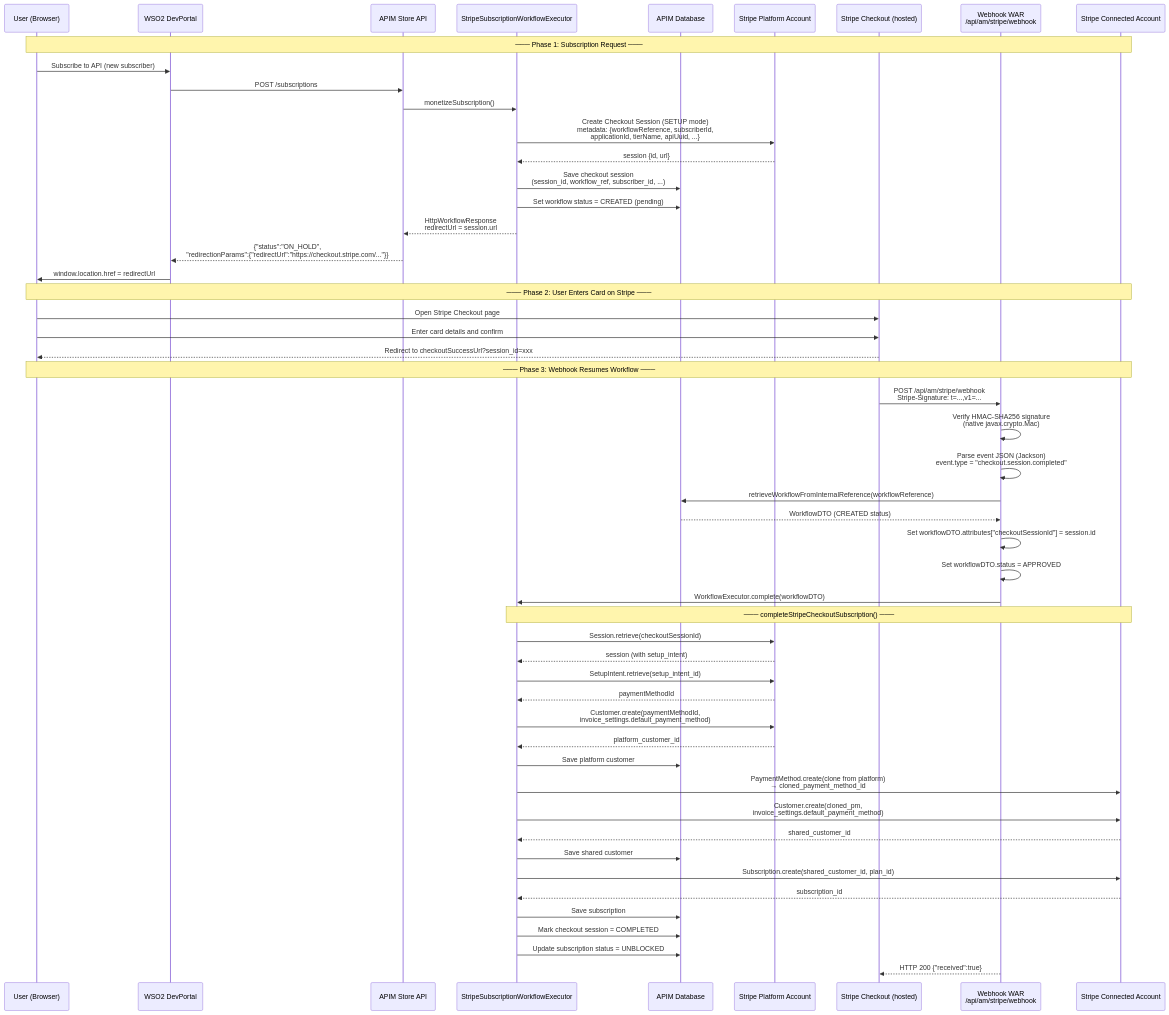
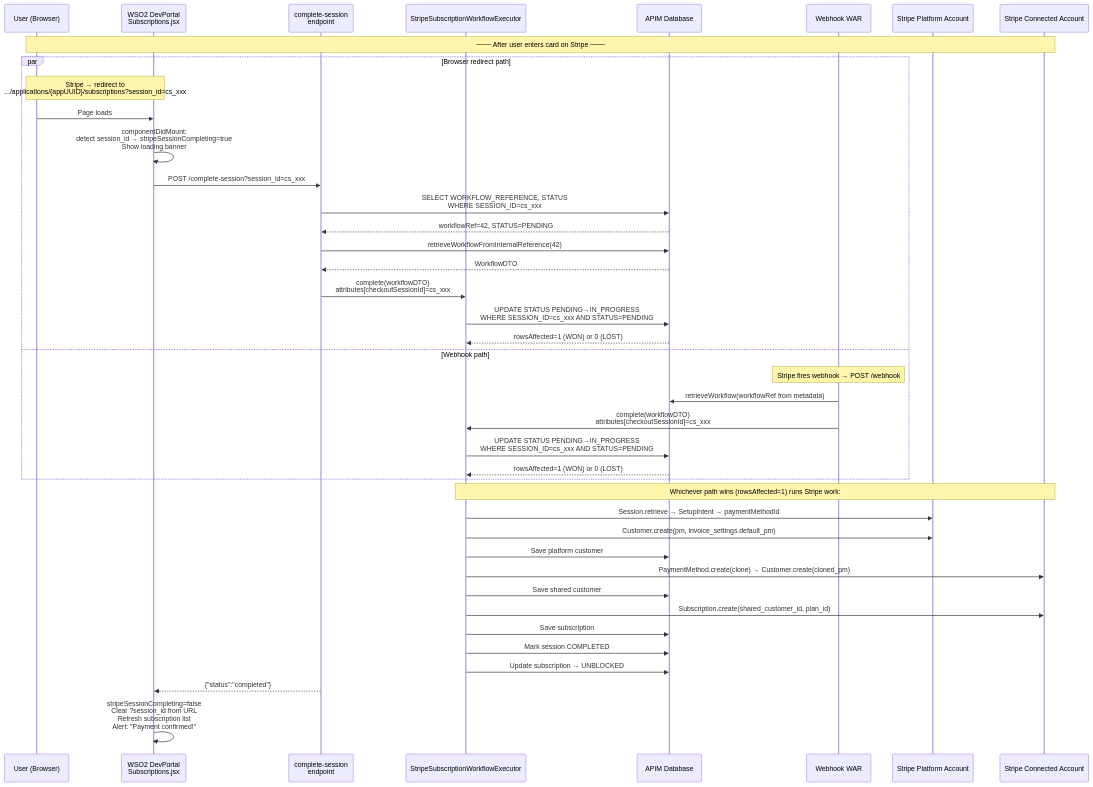
Before and after one commit to cbabey/-wso2-apim-stripe-monetization: the fourth of 6 diagrams in docs/STRIPE_MONETIZATION_CUSTOMIZATION.md, drawn with Mermaid. The commit also changed other lines of this file, not shown here.

First line of the commit message:
docs: update documentation with browser-redirect completion, loading UI, and UUID fix

````diff
--- a/docs/STRIPE_MONETIZATION_CUSTOMIZATION.md
+++ b/docs/STRIPE_MONETIZATION_CUSTOMIZATION.md
@@ -295,62 +330,48 @@
 ```mermaid
 sequenceDiagram
     participant U as User (Browser)
-    participant DP as WSO2 DevPortal
-    participant API as APIM Store API
-    participant WF as StripeSubscriptionWorkflowExecutor
+    participant DP as WSO2 DevPortal<br/>Subscriptions.jsx
+    participant CS as complete-session<br/>endpoint
+    participant PLG as StripeSubscriptionWorkflowExecutor
     participant DB as APIM Database
+    participant WH as Webhook WAR
     participant PA as Stripe Platform Account
-    participant SC as Stripe Checkout (hosted)
-    participant WH as Webhook WAR<br/>/api/am/stripe/webhook
     participant CA as Stripe Connected Account
 
-    Note over U,CA: ─── Phase 1: Subscription Request ───
+    Note over U,CA: ─── After user enters card on Stripe ───
 
-    U->>DP: Subscribe to API (new subscriber)
-    DP->>API: POST /subscriptions
-    API->>WF: monetizeSubscription()
-    WF->>PA: Create Checkout Session (SETUP mode)<br/>metadata: {workflowReference, subscriberId,<br/>applicationId, tierName, apiUuid, ...}
-    PA-->>WF: session {id, url}
-    WF->>DB: Save checkout session<br/>(session_id, workflow_ref, subscriber_id, ...)
-    WF->>DB: Set workflow status = CREATED (pending)
-    WF-->>API: HttpWorkflowResponse<br/>redirectUrl = session.url
-    API-->>DP: {"status":"ON_HOLD",<br/>"redirectionParams":{"redirectUrl":"https://checkout.stripe.com/..."}}
-    DP->>U: window.location.href = redirectUrl
+    par Browser redirect path
+        Note over U,DP: Stripe → redirect to<br/>.../applications/{appUUID}/subscriptions?session_id=cs_xxx
+        U->>DP: Page loads
+        DP->>DP: componentDidMount:<br/>detect session_id → stripeSessionCompleting=true<br/>Show loading banner
+        DP->>CS: POST /complete-session?session_id=cs_xxx
+        CS->>DB: SELECT WORKFLOW_REFERENCE, STATUS<br/>WHERE SESSION_ID=cs_xxx
+        DB-->>CS: workflowRef=42, STATUS=PENDING
+        CS->>DB: retrieveWorkflowFromInternalReference(42)
+        DB-->>CS: WorkflowDTO
+        CS->>PLG: complete(workflowDTO)<br/>attributes[checkoutSessionId]=cs_xxx
+        PLG->>DB: UPDATE STATUS PENDING→IN_PROGRESS<br/>WHERE SESSION_ID=cs_xxx AND STATUS=PENDING
+        DB-->>PLG: rowsAffected=1 (WON) or 0 (LOST)
+    and Webhook path
+        Note over WH: Stripe fires webhook → POST /webhook
+        WH->>DB: retrieveWorkflow(workflowRef from metadata)
+        WH->>PLG: complete(workflowDTO)<br/>attributes[checkoutSessionId]=cs_xxx
+        PLG->>DB: UPDATE STATUS PENDING→IN_PROGRESS<br/>WHERE SESSION_ID=cs_xxx AND STATUS=PENDING
+        DB-->>PLG: rowsAffected=1 (WON) or 0 (LOST)
+    end
 
-    Note over U,CA: ─── Phase 2: User Enters Card on Stripe ───
+    Note over PLG,CA: Whichever path wins (rowsAffected=1) runs Stripe work:
 
-    U->>SC: Open Stripe Checkout page
-    U->>SC: Enter card details and confirm
-    SC-->>U: Redirect to checkoutSuccessUrl?session_id=xxx
+    PLG->>PA: Session.retrieve → SetupIntent → paymentMethodId
+    PLG->>PA: Customer.create(pm, invoice_settings.default_pm)
+    PLG->>DB: Save platform customer
+    PLG->>CA: PaymentMethod.create(clone) → Customer.create(cloned_pm)
+    PLG->>DB: Save shared customer
+    PLG->>CA: Subscription.create(shared_customer_id, plan_id)
+    PLG->>DB: Save subscription
+    PLG->>DB: Mark session COMPLETED
+    PLG->>DB: Update subscription → UNBLOCKED
 
-    Note over U,CA: ─── Phase 3: Webhook Resumes Workflow ───
-
-    SC->>WH: POST /api/am/stripe/webhook<br/>Stripe-Signature: t=...,v1=...
-    WH->>WH: Verify HMAC-SHA256 signature<br/>(native javax.crypto.Mac)
-    WH->>WH: Parse event JSON (Jackson)<br/>event.type = "checkout.session.completed"
-    WH->>DB: retrieveWorkflowFromInternalReference(workflowReference)
-    DB-->>WH: WorkflowDTO (CREATED status)
-    WH->>WH: Set workflowDTO.attributes["checkoutSessionId"] = session.id
-    WH->>WH: Set workflowDTO.status = APPROVED
-    WH->>WF: WorkflowExecutor.complete(workflowDTO)
-
-    Note over WF,CA: ─── completeStripeCheckoutSubscription() ───
-
-    WF->>PA: Session.retrieve(checkoutSessionId)
-    PA-->>WF: session (with setup_intent)
-    WF->>PA: SetupIntent.retrieve(setup_intent_id)
-    PA-->>WF: paymentMethodId
-    WF->>PA: Customer.create(paymentMethodId,<br/>invoice_settings.default_payment_method)
-    PA-->>WF: platform_customer_id
-    WF->>DB: Save platform customer
-    WF->>CA: PaymentMethod.create(clone from platform)<br/>→ cloned_payment_method_id
-    WF->>CA: Customer.create(cloned_pm,<br/>invoice_settings.default_payment_method)
-    CA-->>WF: shared_customer_id
-    WF->>DB: Save shared customer
-    WF->>CA: Subscription.create(shared_customer_id, plan_id)
-    CA-->>WF: subscription_id
-    WF->>DB: Save subscription
-    WF->>DB: Mark checkout session = COMPLETED
-    WF->>DB: Update subscription status = UNBLOCKED
-    WH-->>SC: HTTP 200 {"received":true}
+    CS-->>DP: {"status":"completed"}
+    DP->>DP: stripeSessionCompleting=false<br/>Clear ?session_id from URL<br/>Refresh subscription list<br/>Alert: "Payment confirmed!"
 ```
````
